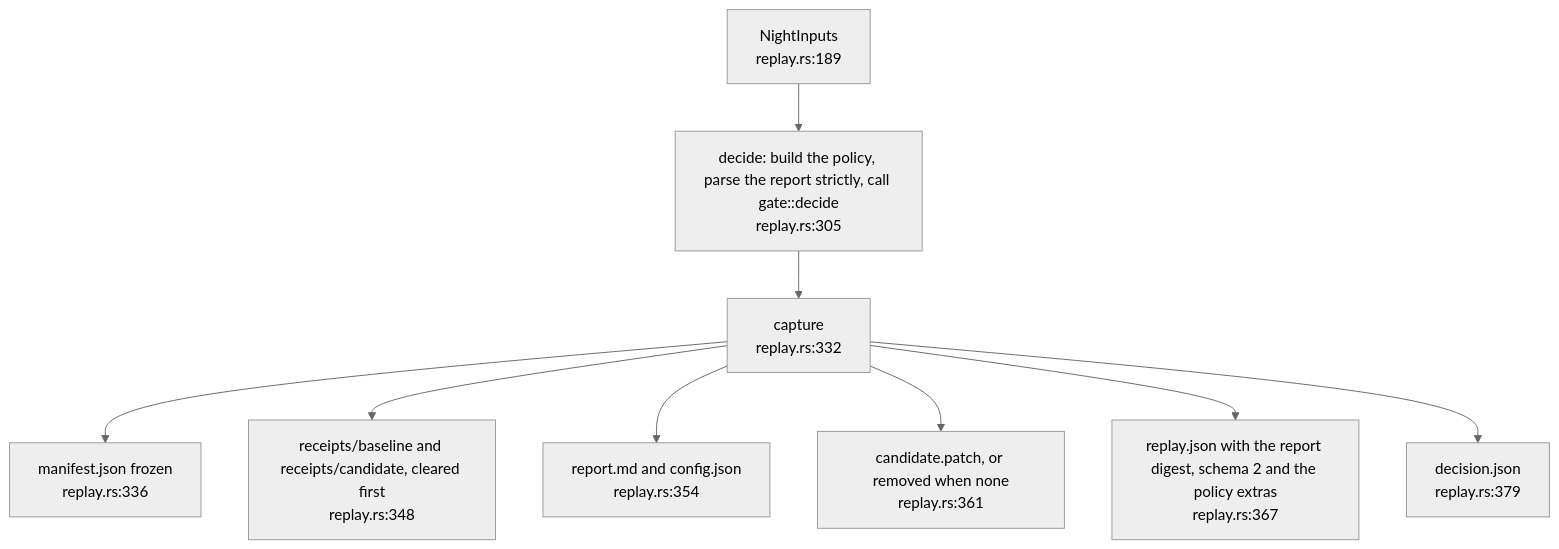
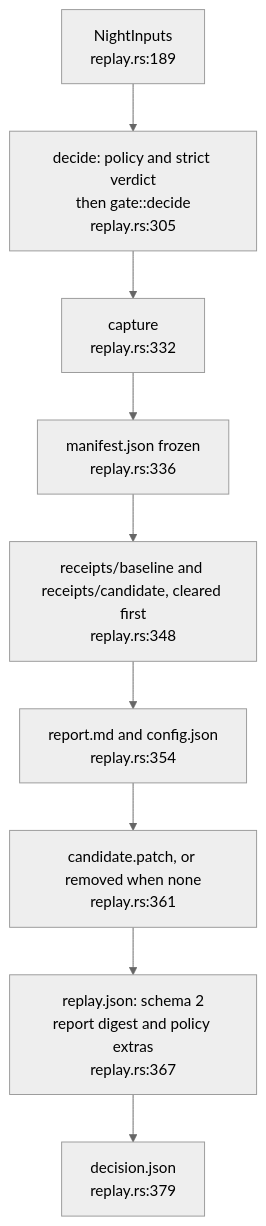
Before and after one commit to DreamLab-AI/dream-engine: the first of 2 diagrams in docs/diagrams/nightly/02-replay-capture-and-verify.md, drawn with Mermaid (neutral theme). The commit also changed other lines of this file and 11 other files, not shown here.

Commit message:
docs: reconcile all dream-engine diagrams with current source contracts

````diff
--- a/docs/diagrams/nightly/02-replay-capture-and-verify.md
+++ b/docs/diagrams/nightly/02-replay-capture-and-verify.md
@@ -35,11 +34,11 @@
 ```mermaid
 flowchart TB
-    IN["NightInputs<br/>replay.rs:189"] --> DEC["decide: build the policy, parse the report strictly, call gate::decide<br/>replay.rs:305"]
+    IN["NightInputs<br/>replay.rs:189"] --> DEC["decide: policy and strict verdict<br/>then gate::decide<br/>replay.rs:305"]
     DEC --> CAP["capture<br/>replay.rs:332"]
     CAP --> MAN["manifest.json frozen<br/>replay.rs:336"]
-    CAP --> RC["receipts/baseline and receipts/candidate, cleared first<br/>replay.rs:348"]
-    CAP --> RP["report.md and config.json<br/>replay.rs:354"]
-    CAP --> PA["candidate.patch, or removed when none<br/>replay.rs:361"]
-    CAP --> RJ["replay.json with the report digest, schema 2 and the policy extras<br/>replay.rs:367"]
-    CAP --> DJ["decision.json<br/>replay.rs:379"]
+    MAN --> RC["receipts/baseline and receipts/candidate, cleared first<br/>replay.rs:348"]
+    RC --> RP["report.md and config.json<br/>replay.rs:354"]
+    RP --> PA["candidate.patch, or removed when none<br/>replay.rs:361"]
+    PA --> RJ["replay.json: schema 2<br/>report digest and policy extras<br/>replay.rs:367"]
+    RJ --> DJ["decision.json<br/>replay.rs:379"]
 ```
````
